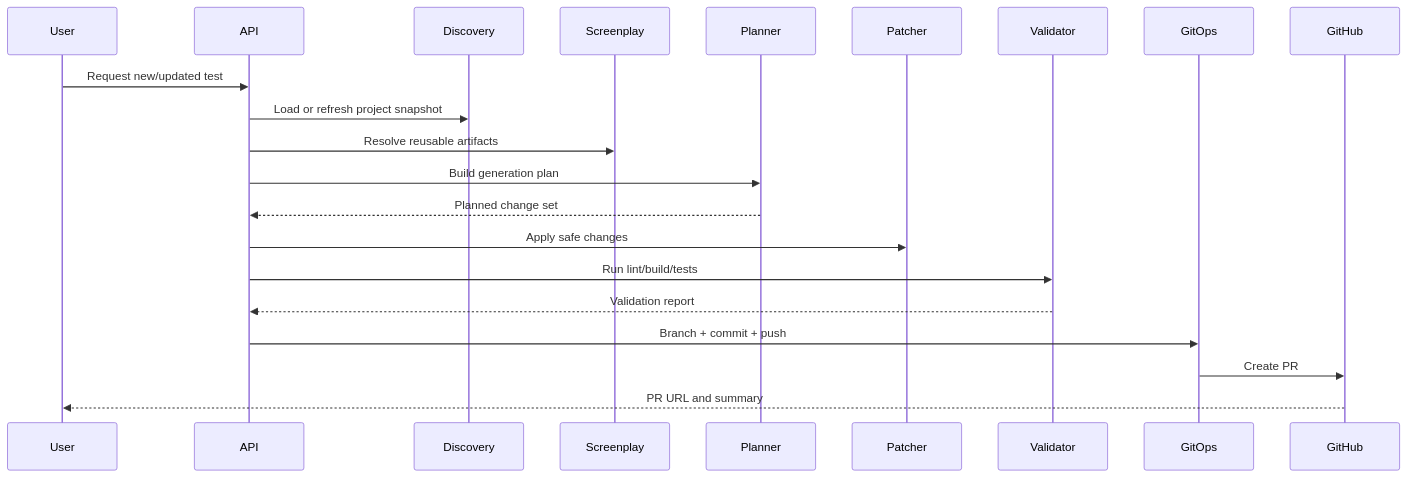
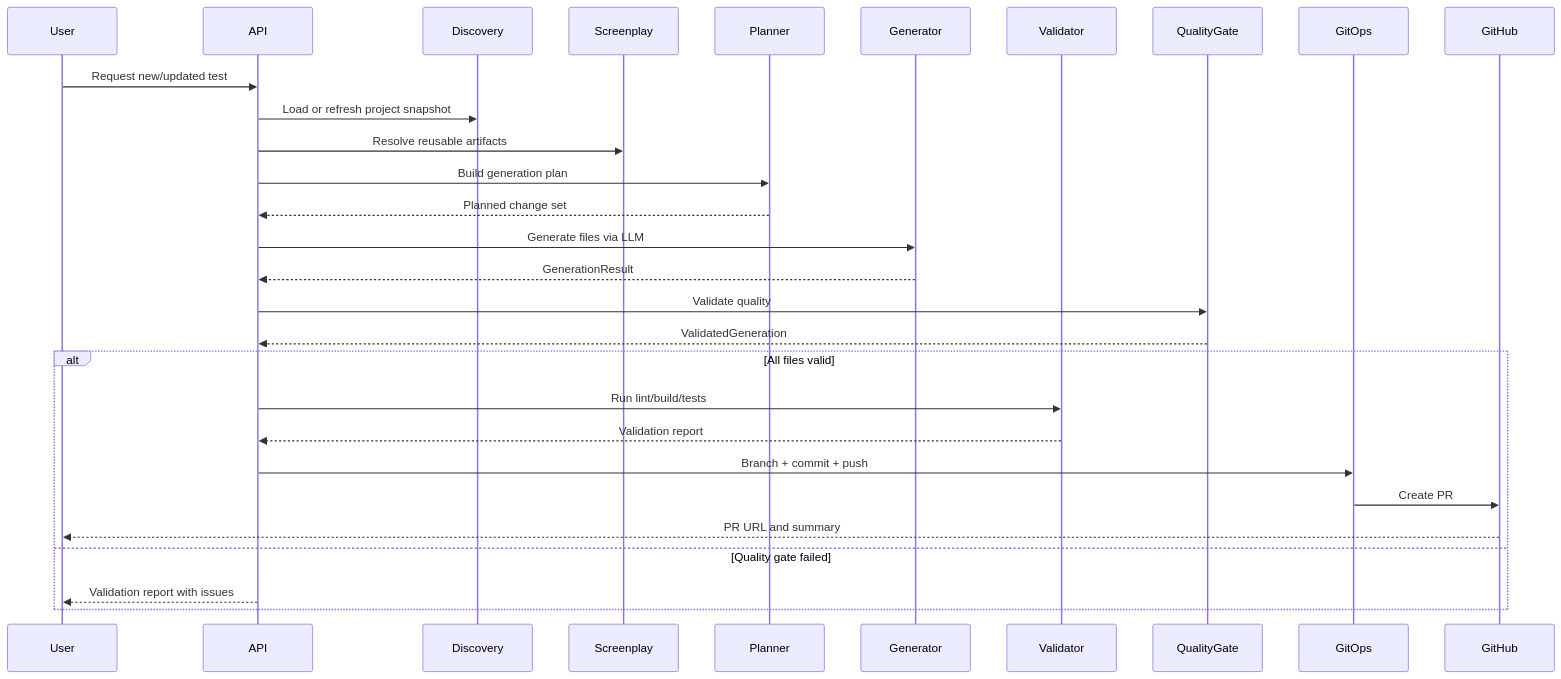
The seventh of 8 diagrams in apps/ai-platform/IMPLEMENTATION_ROADMAP.md (apro89/ai-qa-platform), drawn with Mermaid before and after one commit. The commit also changed other lines of this file and 30 other files, not shown here.

First line of the commit message:
feat(validation): Implement Validation & Quality Engine for generated code

````diff
--- a/apps/ai-platform/IMPLEMENTATION_ROADMAP.md
+++ b/apps/ai-platform/IMPLEMENTATION_ROADMAP.md
@@ -638,24 +638,32 @@
 ```mermaid
 sequenceDiagram
   participant User
   participant API
   participant Discovery
   participant Screenplay
   participant Planner
-  participant Patcher
+  participant Generator
   participant Validator
+  participant QualityGate
   participant GitOps
   participant GitHub
 
   User->>API: Request new/updated test
   API->>Discovery: Load or refresh project snapshot
   API->>Screenplay: Resolve reusable artifacts
   API->>Planner: Build generation plan
   Planner-->>API: Planned change set
-  API->>Patcher: Apply safe changes
-  API->>Validator: Run lint/build/tests
-  Validator-->>API: Validation report
-  API->>GitOps: Branch + commit + push
-  GitOps->>GitHub: Create PR
-  GitHub-->>User: PR URL and summary
+  API->>Generator: Generate files via LLM
+  Generator-->>API: GenerationResult
+  API->>QualityGate: Validate quality
+  QualityGate-->>API: ValidatedGeneration
+  alt All files valid
+    API->>Validator: Run lint/build/tests
+    Validator-->>API: Validation report
+    API->>GitOps: Branch + commit + push
+    GitOps->>GitHub: Create PR
+    GitHub-->>User: PR URL and summary
+  else Quality gate failed
+    API-->>User: Validation report with issues
+  end
 ```
````
